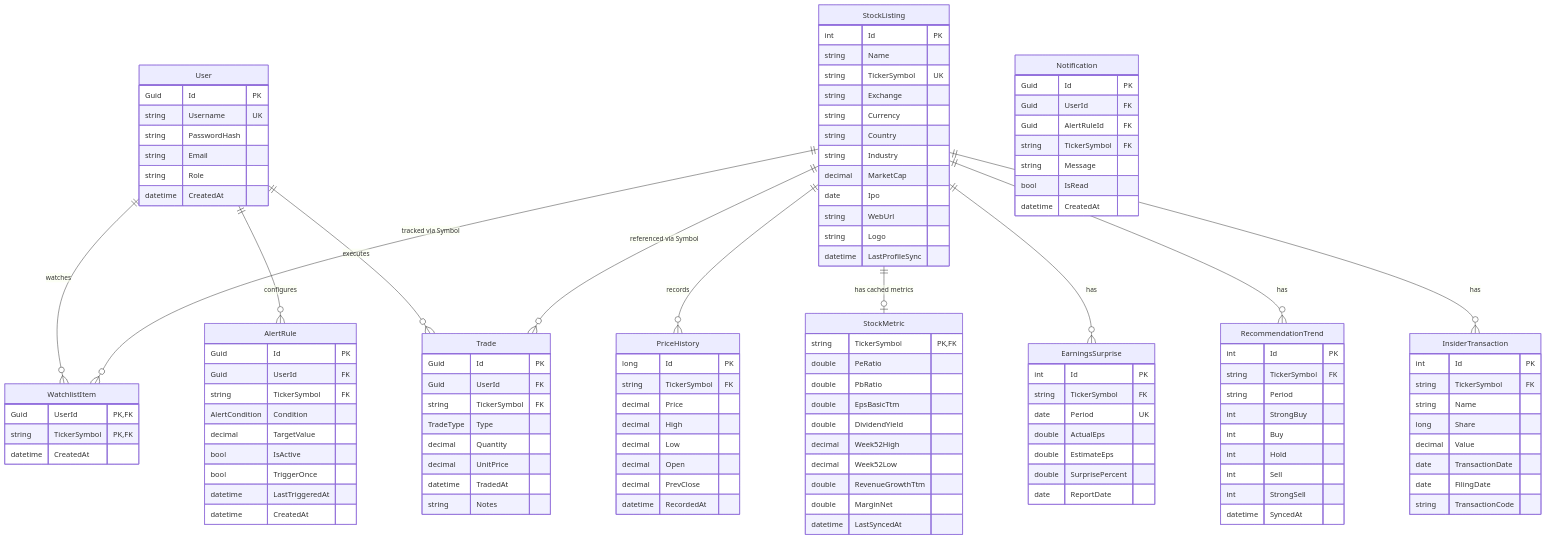
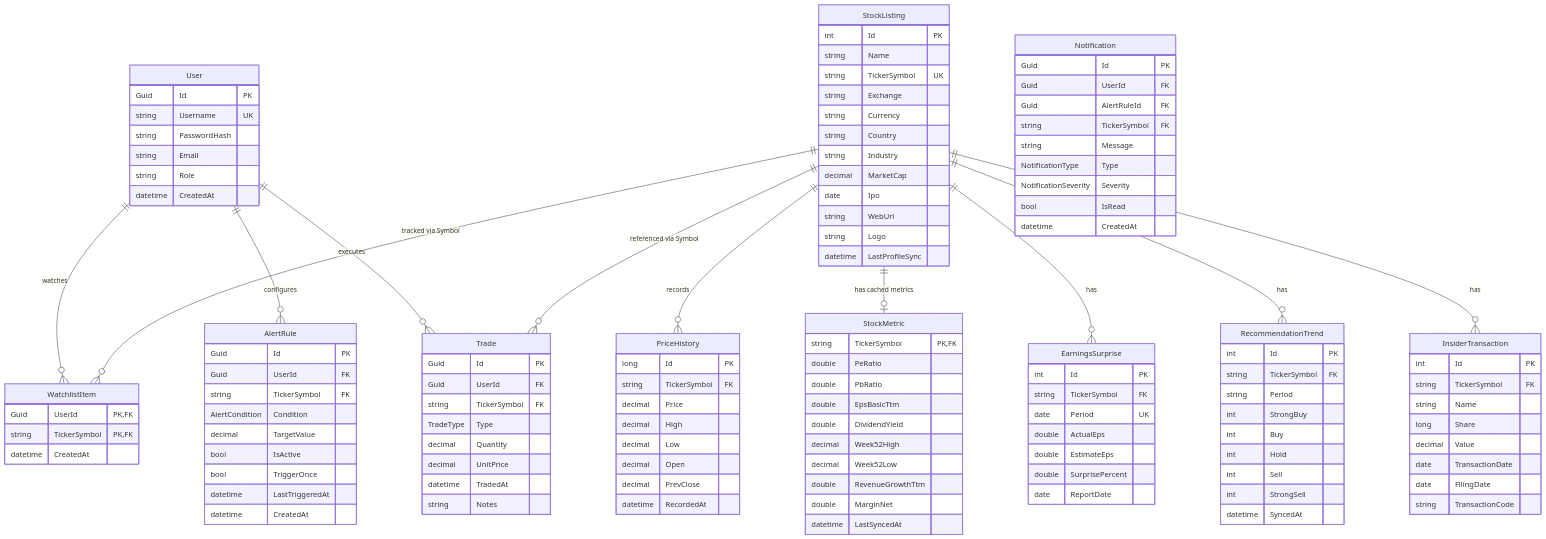
One commit to nhonvo/InvestManagementSystem changed the first of 2 diagrams in InventoryAlert.Wiki/docs/03-data-model/data-model.md. Above: the diagram before and after it, drawn with Mermaid. The commit also changed other lines of this file and 77 other files, not shown here.

```diff
--- a/InventoryAlert.Wiki/docs/03-data-model/data-model.md
+++ b/InventoryAlert.Wiki/docs/03-data-model/data-model.md
@@ -122,6 +122,8 @@
         Guid AlertRuleId FK
         string TickerSymbol FK
         string Message
+        NotificationType Type
+        NotificationSeverity Severity
         bool IsRead
         datetime CreatedAt
     }
```
